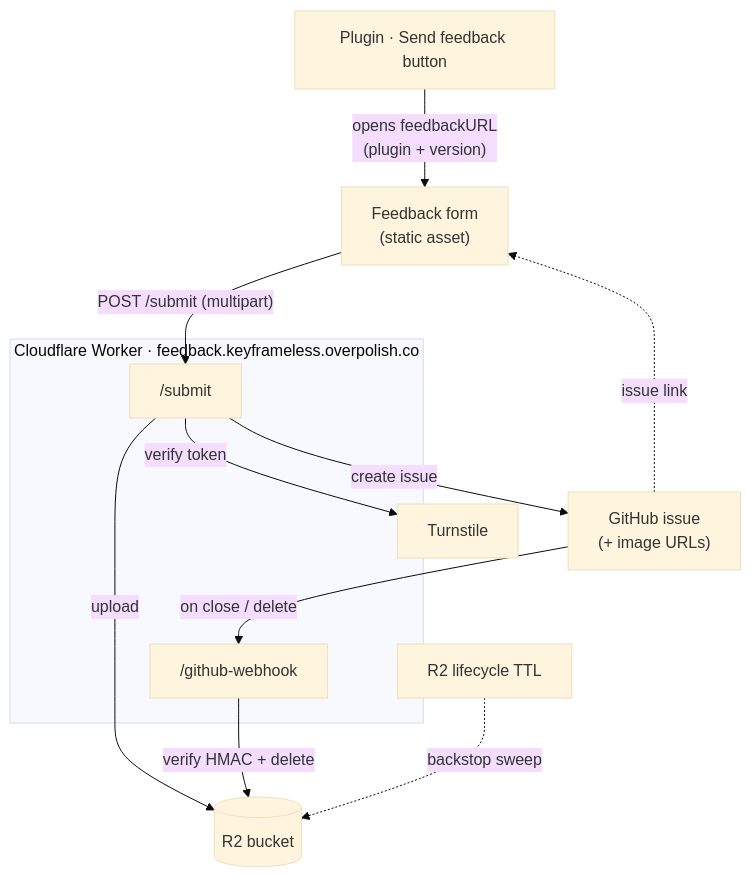
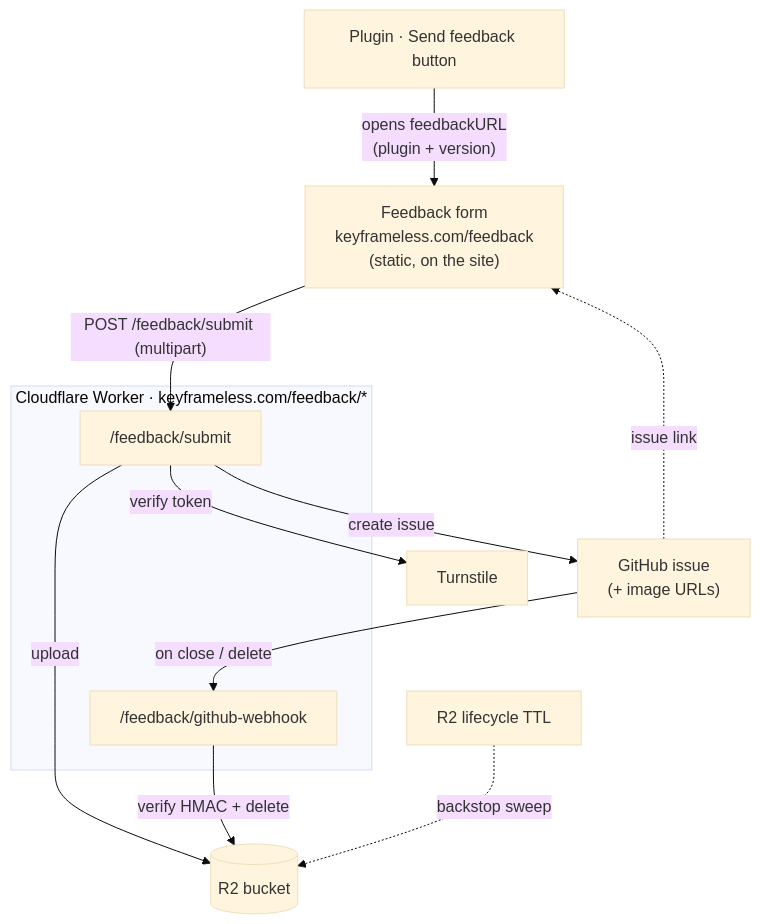
The second of 2 diagrams in CONTRIBUTING.md (overpolish/keyframeless), drawn with Mermaid (base theme) before and after one commit. The commit also changed other lines of this file and 53 other files, not shown here.

Commit message:
feat: one page site for keyframeless

````diff
--- a/CONTRIBUTING.md
+++ b/CONTRIBUTING.md
@@ -152,18 +152,18 @@
 ```mermaid
 flowchart TD
-  Btn["Plugin · Send feedback button"] -->|"opens feedbackURL<br/>(plugin + version)"| Form["Feedback form<br/>(static asset)"]
-  Form -->|"POST /submit (multipart)"| Submit
+  Btn["Plugin · Send feedback button"] -->|"opens feedbackURL<br/>(plugin + version)"| Form["Feedback form<br/>keyframeless.com/feedback<br/>(static, on the site)"]
+  Form -->|"POST /feedback/submit (multipart)"| Submit
 
-  subgraph Worker["Cloudflare Worker · feedback.keyframeless.overpolish.co"]
-    Submit["/submit"]
-    Hook["/github-webhook"]
+  subgraph Worker["Cloudflare Worker · keyframeless.com/feedback/*"]
+    Submit["/feedback/submit"]
+    Hook["/feedback/github-webhook"]
   end
 
   Submit -->|"verify token"| TS["Turnstile"]
   Submit -->|"upload"| R2[("R2 bucket")]
   Submit -->|"create issue"| GH["GitHub issue<br/>(+ image URLs)"]
   GH -.->|"issue link"| Form
   GH -->|"on close / delete"| Hook
   Hook -->|"verify HMAC + delete"| R2
   TTL["R2 lifecycle TTL"] -.->|"backstop sweep"| R2
 ```
````
